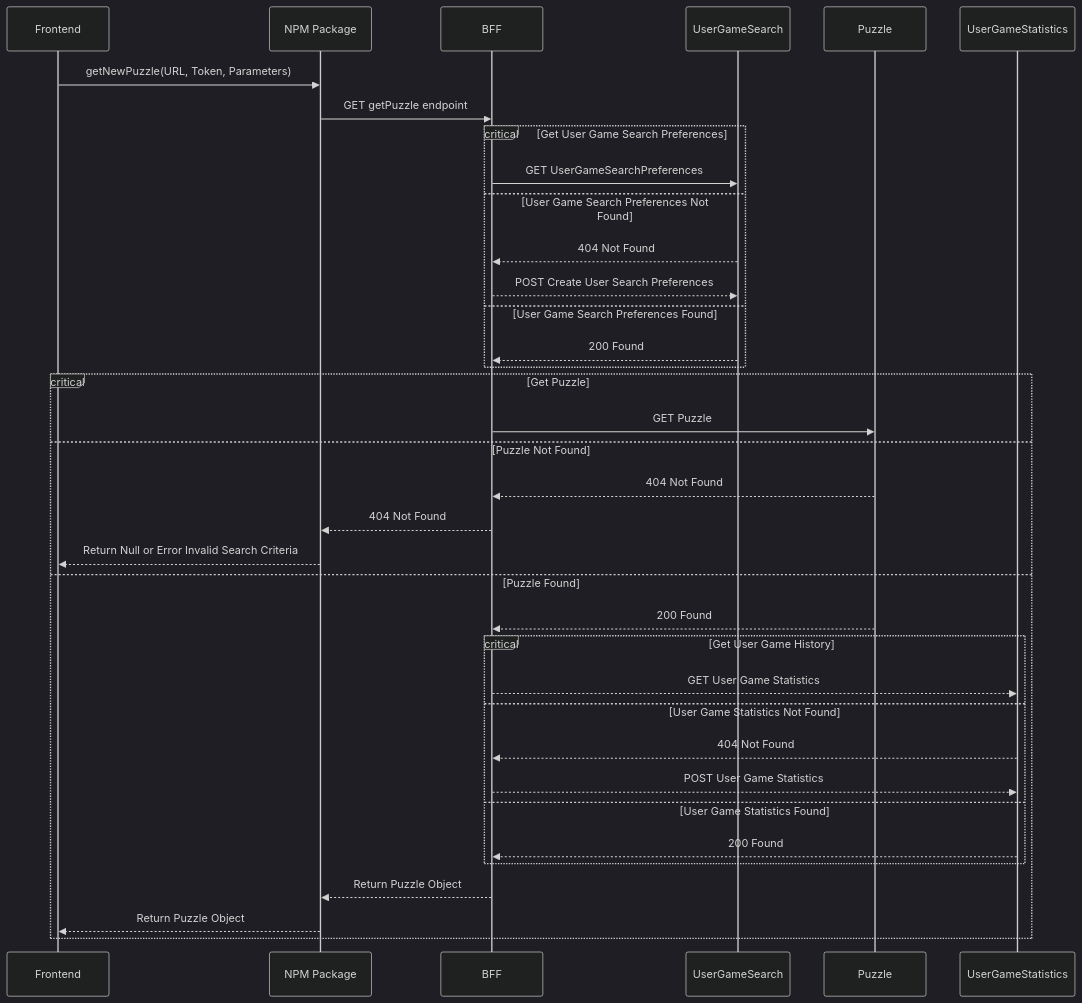
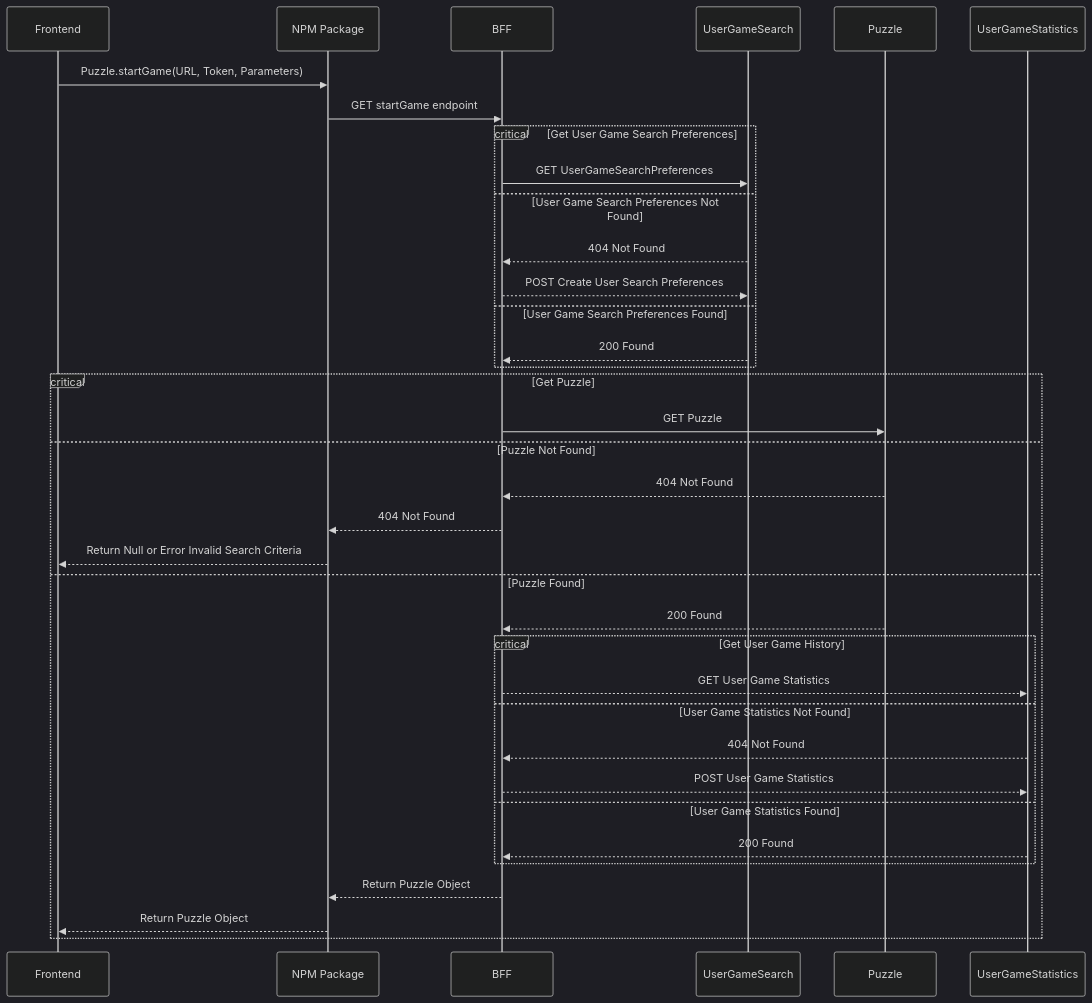
The first of 3 diagrams in Documentation/Diagrams/SequenceDiagram.md (Sudokuru/Puzzle), drawn with Mermaid (dark theme) before and after one commit. The commit also changed other lines of this file, not shown here.

Commit message:
Updating flow names

````diff
--- a/Documentation/Diagrams/SequenceDiagram.md
+++ b/Documentation/Diagrams/SequenceDiagram.md
@@ -6,42 +6,42 @@
 ```mermaid
 sequenceDiagram
     participant Frontend
     participant NPM Package
     participant BFF
     participant UserGameSearch
     participant Puzzle
     participant UserGameStatistics
     
-    #GetNewPuzzle
-    Frontend->>NPM Package: getNewPuzzle(URL, Token, Parameters)
-    NPM Package->>BFF: GET getPuzzle endpoint
+    #Start Game
+    Frontend->>NPM Package: Puzzle.startGame(URL, Token, Parameters)
+    NPM Package->>BFF: GET startGame endpoint
 
     critical Get User Game Search Preferences
         BFF->>UserGameSearch: GET UserGameSearchPreferences
     option User Game Search Preferences Not Found
         UserGameSearch-->>BFF: 404 Not Found
         BFF-->>UserGameSearch: POST Create User Search Preferences
     option User Game Search Preferences Found
         UserGameSearch-->>BFF: 200 Found
     end
 
     critical Get Puzzle
         BFF->>Puzzle: GET Puzzle
     option Puzzle Not Found
         Puzzle-->>BFF: 404 Not Found
         BFF-->>NPM Package: 404 Not Found
         NPM Package-->>Frontend: Return Null or Error Invalid Search Criteria
     option Puzzle Found
         Puzzle-->>BFF: 200 Found
         critical Get User Game History
             BFF-->>UserGameStatistics: GET User Game Statistics
         option User Game Statistics Not Found
             UserGameStatistics-->>BFF: 404 Not Found
             BFF-->>UserGameStatistics: POST User Game Statistics
         option User Game Statistics Found
             UserGameStatistics-->>BFF: 200 Found
         end
         BFF-->>NPM Package: Return Puzzle Object
         NPM Package-->>Frontend: Return Puzzle Object
     end
 ```
````
